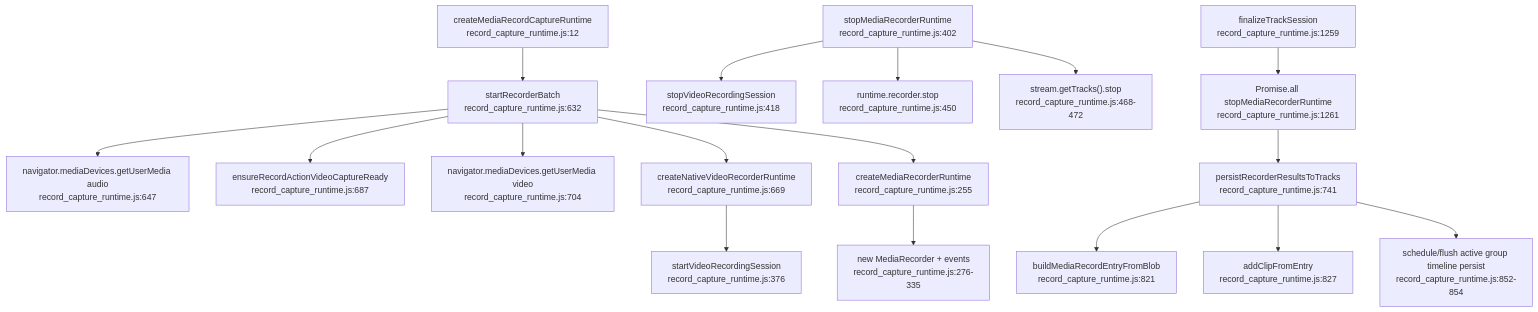
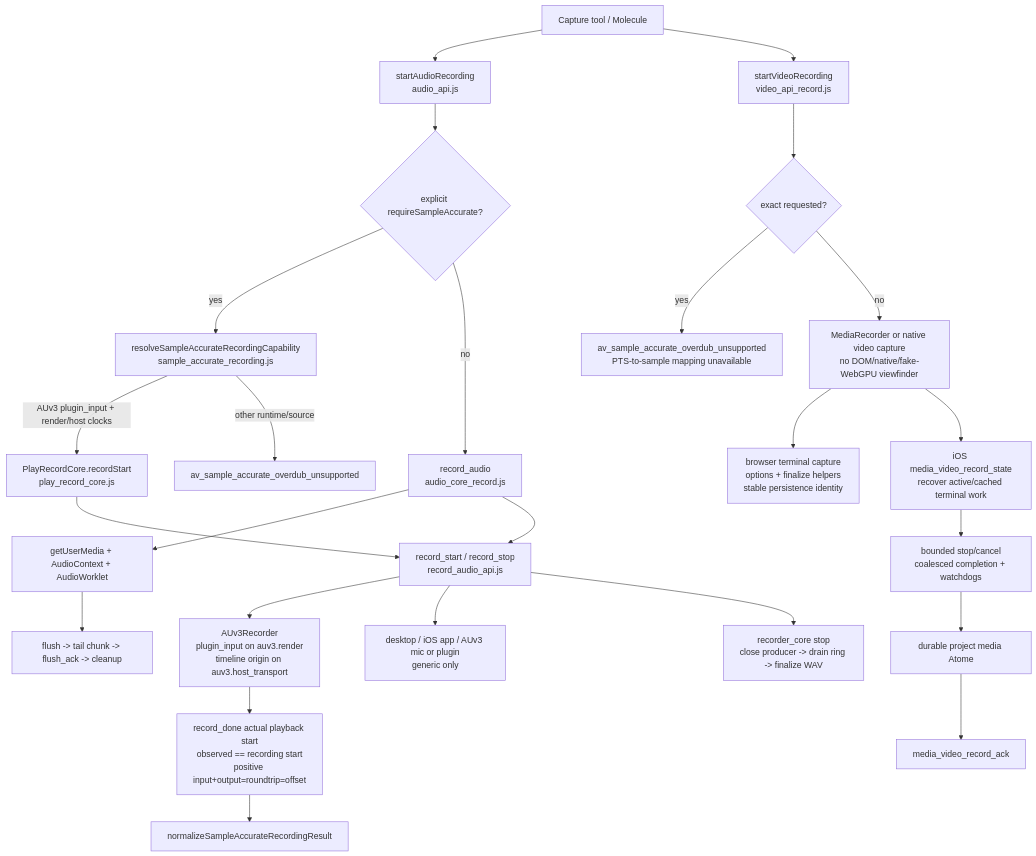
The diagram in atome/documentations/graphs/media-recording/01-call-graph.md (atomecorp/a), drawn with Mermaid before and after one commit. The commit also changed 119 other files, not shown here.

````diff
--- a/atome/documentations/graphs/media-recording/01-call-graph.md
+++ b/atome/documentations/graphs/media-recording/01-call-graph.md
@@ -3,19 +3,31 @@
 ```mermaid
 flowchart TD
-  Runtime["createMediaRecordCaptureRuntime\nrecord_capture_runtime.js:12"] --> Batch["startRecorderBatch\nrecord_capture_runtime.js:632"]
-  Batch --> AudioGUM["navigator.mediaDevices.getUserMedia audio\nrecord_capture_runtime.js:647"]
-  Batch --> VideoReady["ensureRecordActionVideoCaptureReady\nrecord_capture_runtime.js:687"]
-  Batch --> VideoGUM["navigator.mediaDevices.getUserMedia video\nrecord_capture_runtime.js:704"]
-  Batch --> NativeVideo["createNativeVideoRecorderRuntime\nrecord_capture_runtime.js:669"]
-  Batch --> Recorder["createMediaRecorderRuntime\nrecord_capture_runtime.js:255"]
-  Recorder --> MediaRecorder["new MediaRecorder + events\nrecord_capture_runtime.js:276-335"]
-  NativeVideo --> StartNative["startVideoRecordingSession\nrecord_capture_runtime.js:376"]
-  Stop["stopMediaRecorderRuntime\nrecord_capture_runtime.js:402"] --> StopNative["stopVideoRecordingSession\nrecord_capture_runtime.js:418"]
-  Stop --> StopBrowser["runtime.recorder.stop\nrecord_capture_runtime.js:450"]
-  Stop --> StopTracks["stream.getTracks().stop\nrecord_capture_runtime.js:468-472"]
-  Finalize["finalizeTrackSession\nrecord_capture_runtime.js:1259"] --> StopAll["Promise.all stopMediaRecorderRuntime\nrecord_capture_runtime.js:1261"]
-  StopAll --> Persist["persistRecorderResultsToTracks\nrecord_capture_runtime.js:741"]
-  Persist --> BlobEntry["buildMediaRecordEntryFromBlob\nrecord_capture_runtime.js:821"]
-  Persist --> AddClip["addClipFromEntry\nrecord_capture_runtime.js:827"]
-  Persist --> Flush["schedule/flush active group timeline persist\nrecord_capture_runtime.js:852-854"]
+  Tool["Capture tool / Molecule"] --> AudioAPI["startAudioRecording\naudio_api.js"]
+  Tool --> VideoAPI["startVideoRecording\nvideo_api_record.js"]
+
+  AudioAPI --> ExactGate{"explicit requireSampleAccurate?"}
+  ExactGate -->|yes| Capability["resolveSampleAccurateRecordingCapability\nsample_accurate_recording.js"]
+  Capability -->|AUv3 plugin_input + render/host clocks| Core["PlayRecordCore.recordStart\nplay_record_core.js"]
+  Capability -->|other runtime/source| ExactReject["av_sample_accurate_overdub_unsupported"]
+  ExactGate -->|no| RecordAudio["record_audio\naudio_core_record.js"]
+
+  RecordAudio --> Browser["getUserMedia + AudioContext + AudioWorklet"]
+  RecordAudio --> Native["record_start / record_stop\nrecord_audio_api.js"]
+  Core --> Native
+  Native --> Auv3["AUv3Recorder\nplugin_input on auv3.render\ntimeline origin on auv3.host_transport"]
+  Native --> GenericNative["desktop / iOS app / AUv3 mic or plugin\ngeneric only"]
+
+  Browser --> BrowserStop["flush -> tail chunk -> flush_ack -> cleanup"]
+  Native --> NativeCore["recorder_core stop\nclose producer -> drain ring -> finalize WAV"]
+  Auv3 --> ExactResult["record_done actual playback start\nobserved == recording start\npositive input+output=roundtrip=offset"]
+  ExactResult --> Normalize["normalizeSampleAccurateRecordingResult"]
+
+  VideoAPI --> VideoExact{"exact requested?"}
+  VideoExact -->|yes| VideoReject["av_sample_accurate_overdub_unsupported\nPTS-to-sample mapping unavailable"]
+  VideoExact -->|no| VideoGeneric["MediaRecorder or native video capture\nno DOM/native/fake-WebGPU viewfinder"]
+  VideoGeneric --> BrowserVideo["browser terminal capture\noptions + finalize helpers\nstable persistence identity"]
+  VideoGeneric --> NativeVideoState["iOS media_video_record_state\nrecover active/cached terminal work"]
+  NativeVideoState --> NativeVideoStop["bounded stop/cancel\ncoalesced completion + watchdogs"]
+  NativeVideoStop --> ProjectAtome["durable project media Atome"]
+  ProjectAtome --> NativeAck["media_video_record_ack"]
 ```
````
